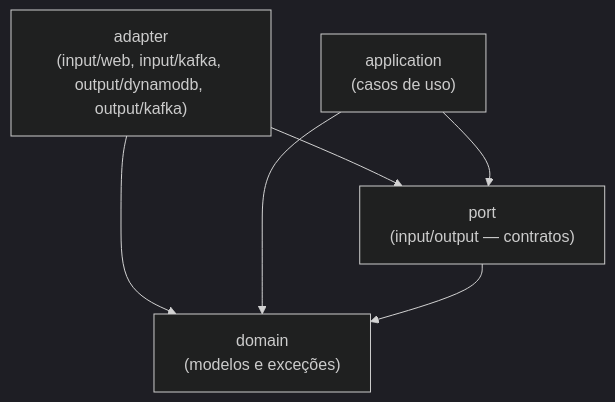
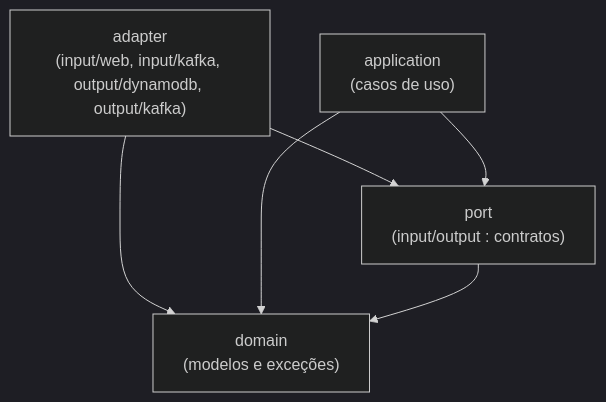
The first of 3 diagrams in README.md (fabricioenric/itau-code-challenge-core-banking), drawn with Mermaid (dark theme) before and after one commit. The commit also changed other lines of this file, not shown here.

````diff
--- a/README.md
+++ b/README.md
@@ -80,13 +80,13 @@
 ```mermaid
 graph TD
     Adapter["adapter<br/>(input/web, input/kafka, output/dynamodb, output/kafka)"]
     Application["application<br/>(casos de uso)"]
-    Port["port<br/>(input/output — contratos)"]
+    Port["port<br/>(input/output : contratos)"]
     Domain["domain<br/>(modelos e exceções)"]
 
     Adapter --> Port
     Adapter --> Domain
     Application --> Port
     Application --> Domain
     Port --> Domain
 ```
````
